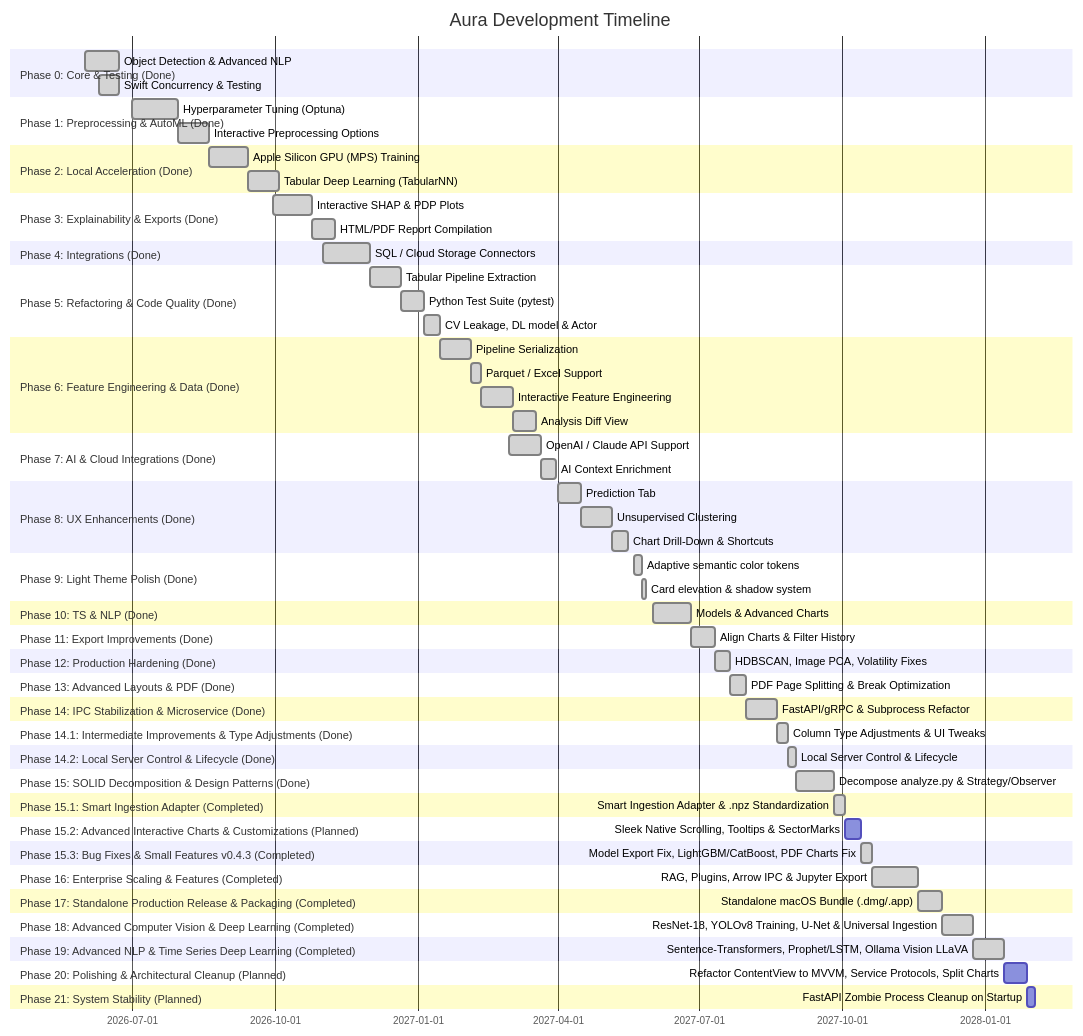
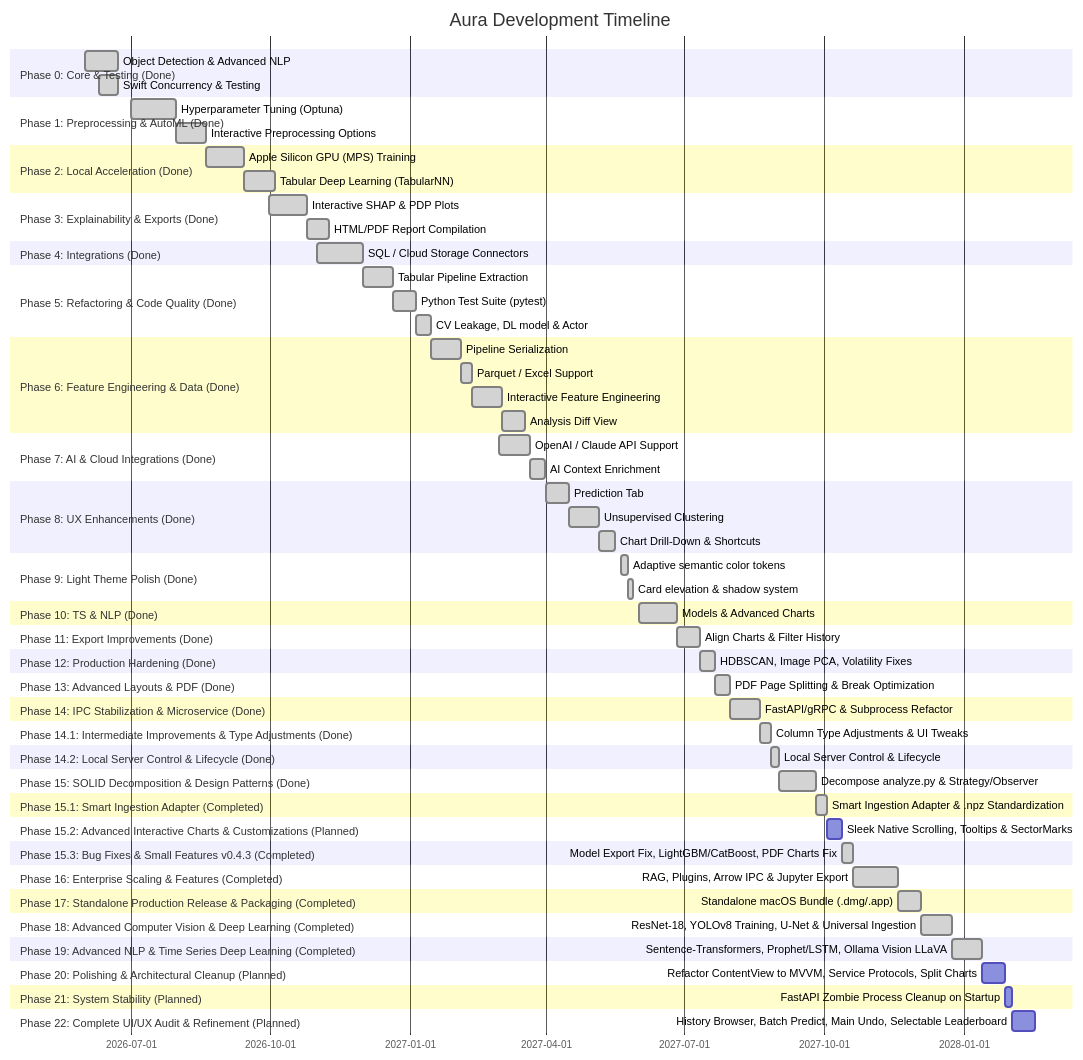
The diagram in temp/ROADMAP.md (Nodibell/Aura), drawn with Mermaid before and after one commit. The commit also changed other lines of this file, not shown here.

Commit message:
Update ROADMAP.md with Phase 22 based on UI/UX recommendations audit

````diff
--- a/temp/ROADMAP.md
+++ b/temp/ROADMAP.md
@@ -9,72 +9,74 @@
 ```mermaid
 gantt
     title Aura Development Timeline
     dateFormat  YYYY-MM-DD
     section Phase 0: Core & Testing (Done)
     Object Detection & Advanced NLP     :done, p0_1, 2026-06-01, 22d
     Swift Concurrency & Testing         :done, p0_2, 2026-06-10, 13d
     section Phase 1: Preprocessing & AutoML (Done)
     Hyperparameter Tuning (Optuna)      :done, p1, 2026-07-01, 30d
     Interactive Preprocessing Options   :done, p2, after p1, 20d
     section Phase 2: Local Acceleration (Done)
     Apple Silicon GPU (MPS) Training    :done, p3, 2026-08-20, 25d
     Tabular Deep Learning (TabularNN)   :done, p4, after p3, 20d
     section Phase 3: Explainability & Exports (Done)
     Interactive SHAP & PDP Plots        :done, p5, 2026-09-30, 25d
     HTML/PDF Report Compilation         :done, p6, after p5, 15d
     section Phase 4: Integrations (Done)
     SQL / Cloud Storage Connectors     :done, p7, 2026-11-01, 30d
     section Phase 5: Refactoring & Code Quality (Done)
     Tabular Pipeline Extraction         :done, p8, 2026-12-01, 20d
     Python Test Suite (pytest)          :done, p9, after p8, 15d
     CV Leakage, DL model & Actor        :done, p10, after p9, 10d
     section Phase 6: Feature Engineering & Data (Done)
     Pipeline Serialization              :done, p11, 2027-01-15, 20d
     Parquet / Excel Support             :done, p12, after p11, 7d
     Interactive Feature Engineering     :done, p13, after p12, 20d
     Analysis Diff View                  :done, p14, after p13, 15d
     section Phase 7: AI & Cloud Integrations (Done)
     OpenAI / Claude API Support         :done, p15, 2027-03-01, 20d
     AI Context Enrichment               :done, p16, after p15, 10d
     section Phase 8: UX Enhancements (Done)
     Prediction Tab                      :done, p17, 2027-04-01, 15d
     Unsupervised Clustering             :done, p18, after p17, 20d
     Chart Drill-Down & Shortcuts        :done, p19, after p18, 10d
     section Phase 9: Light Theme Polish (Done)
     Adaptive semantic color tokens      :done, p20, 2027-05-20, 5d
     Card elevation & shadow system      :done, p21, after p20, 3d
     section Phase 10: TS & NLP (Done)
     Models & Advanced Charts            :done, p22, 2027-06-01, 25d
     section Phase 11: Export Improvements (Done)
     Align Charts & Filter History       :done, p23, after p22, 15d
     section Phase 12: Production Hardening (Done)
     HDBSCAN, Image PCA, Volatility Fixes :done, p24, after p23, 10d
     section Phase 13: Advanced Layouts & PDF (Done)
     PDF Page Splitting & Break Optimization :done, p25, after p24, 10d
     section Phase 14: IPC Stabilization & Microservice (Done)
     FastAPI/gRPC & Subprocess Refactor  :done, p26, after p25, 20d
     section Phase 14.1: Intermediate Improvements & Type Adjustments (Done)
     Column Type Adjustments & UI Tweaks :done, p26_1, after p26, 7d
     section Phase 14.2: Local Server Control & Lifecycle (Done)
     Local Server Control & Lifecycle   :done, p26_2, after p26_1, 5d
     section Phase 15: SOLID Decomposition & Design Patterns (Done)
     Decompose analyze.py & Strategy/Observer :done, p27, after p26_2, 25d
     section Phase 15.1: Smart Ingestion Adapter (Completed)
     Smart Ingestion Adapter & .npz Standardization :done, p27_1, after p27, 7d
     section Phase 15.2: Advanced Interactive Charts & Customizations (Planned)
     Sleek Native Scrolling, Tooltips & SectorMarks :p27_2, after p27_1, 10d
     section Phase 15.3: Bug Fixes & Small Features v0.4.3 (Completed)
     Model Export Fix, LightGBM/CatBoost, PDF Charts Fix :done, p27_3, after p27_2, 7d
     section Phase 16: Enterprise Scaling & Features (Completed)
     RAG, Plugins, Arrow IPC & Jupyter Export :done, p28, after p27_3, 30d
     section Phase 17: Standalone Production Release & Packaging (Completed)
     Standalone macOS Bundle (.dmg/.app) :done, p29, after p28, 15d
     section Phase 18: Advanced Computer Vision & Deep Learning (Completed)
     ResNet-18, YOLOv8 Training, U-Net & Universal Ingestion :done, p30, after p29, 20d
     section Phase 19: Advanced NLP & Time Series Deep Learning (Completed)
     Sentence-Transformers, Prophet/LSTM, Ollama Vision LLaVA :done, p31, after p30, 20d
     section Phase 20: Polishing & Architectural Cleanup (Planned)
     Refactor ContentView to MVVM, Service Protocols, Split Charts :p32, after p31, 15d
     section Phase 21: System Stability (Planned)
     FastAPI Zombie Process Cleanup on Startup :p33, after p32, 5d
+    section Phase 22: Complete UI/UX Audit & Refinement (Planned)
+    History Browser, Batch Predict, Main Undo, Selectable Leaderboard :p34, after p33, 15d
 ```
````
